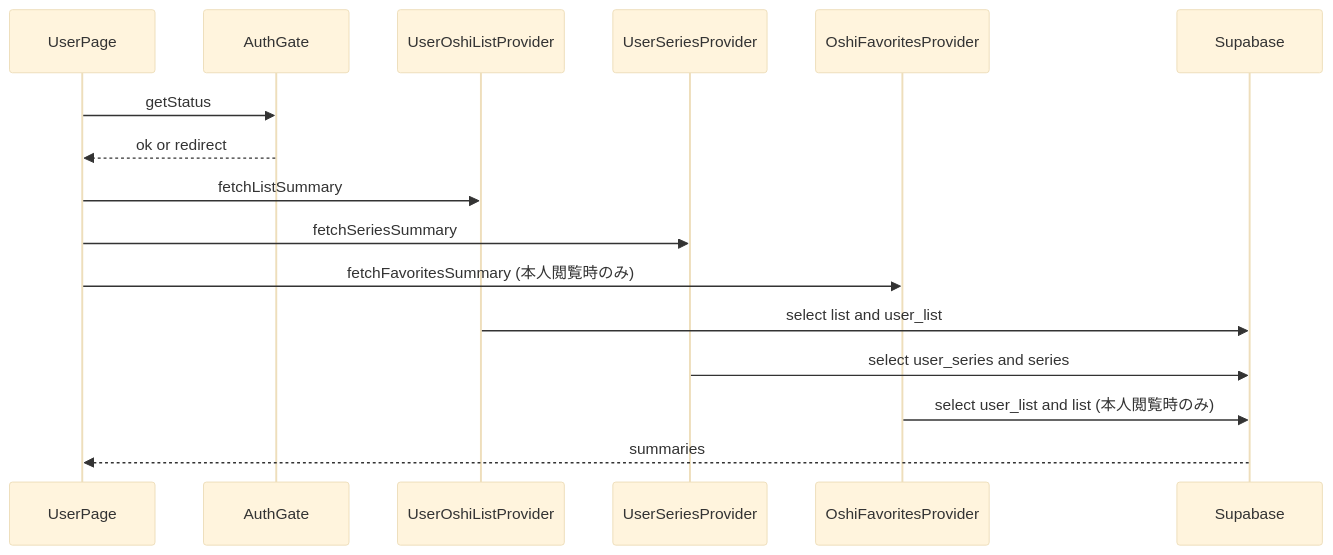
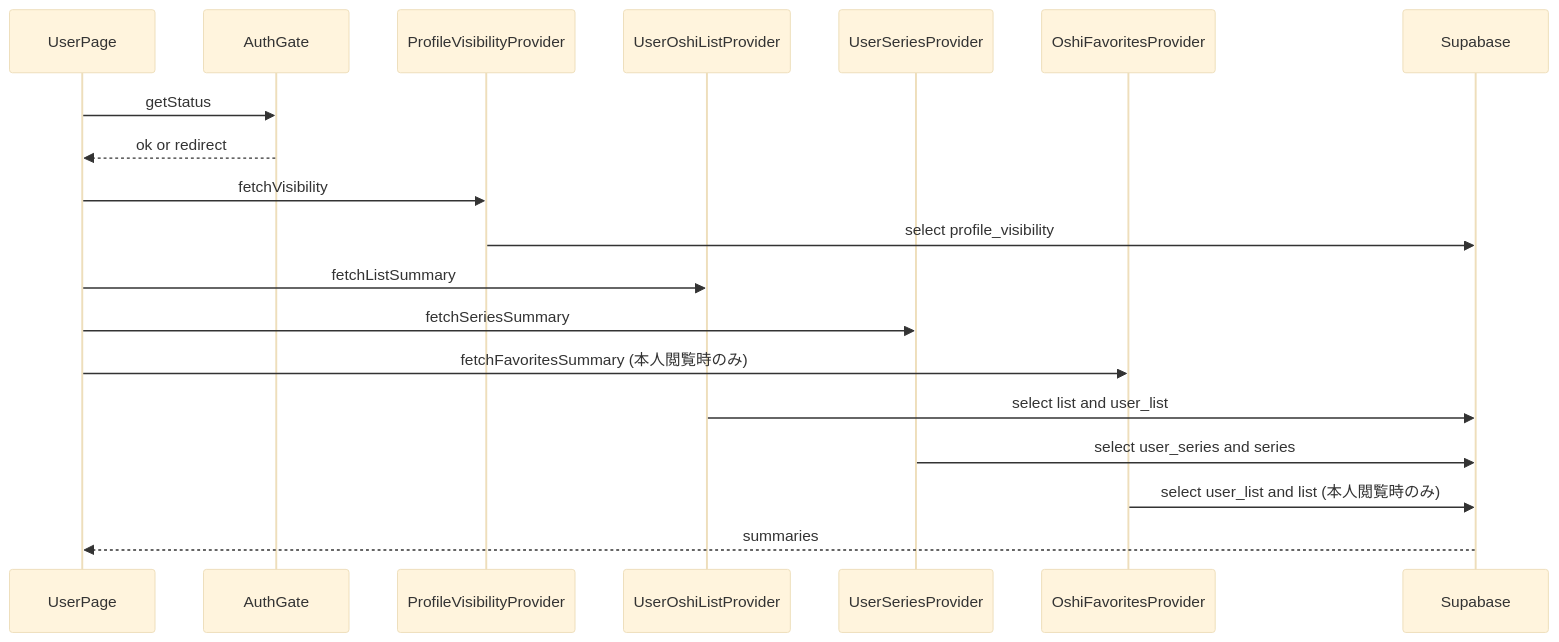
Before and after one commit to arinko39140/mangadouga: the second of 2 diagrams in .kiro/specs/mypage-oshi-sections/design.md, drawn with Mermaid (base theme). The commit also changed other lines of this file, not shown here.

Commit message:
Clarify visibility model and RLS for mypage sections

````diff
--- a/.kiro/specs/mypage-oshi-sections/design.md
+++ b/.kiro/specs/mypage-oshi-sections/design.md
@@ -99,19 +101,22 @@
 ```mermaid
 sequenceDiagram
   participant UserPage
   participant AuthGate
+  participant ProfileVisibilityProvider
   participant UserOshiListProvider
   participant UserSeriesProvider
   participant OshiFavoritesProvider
   participant Supabase
 
   UserPage->>AuthGate: getStatus
   AuthGate-->>UserPage: ok or redirect
+  UserPage->>ProfileVisibilityProvider: fetchVisibility
+  ProfileVisibilityProvider->>Supabase: select profile_visibility
   UserPage->>UserOshiListProvider: fetchListSummary
   UserPage->>UserSeriesProvider: fetchSeriesSummary
   UserPage->>OshiFavoritesProvider: fetchFavoritesSummary (本人閲覧時のみ)
   UserOshiListProvider->>Supabase: select list and user_list
   UserSeriesProvider->>Supabase: select user_series and series
   OshiFavoritesProvider->>Supabase: select user_list and list (本人閲覧時のみ)
   Supabase-->>UserPage: summaries
 ```
````
